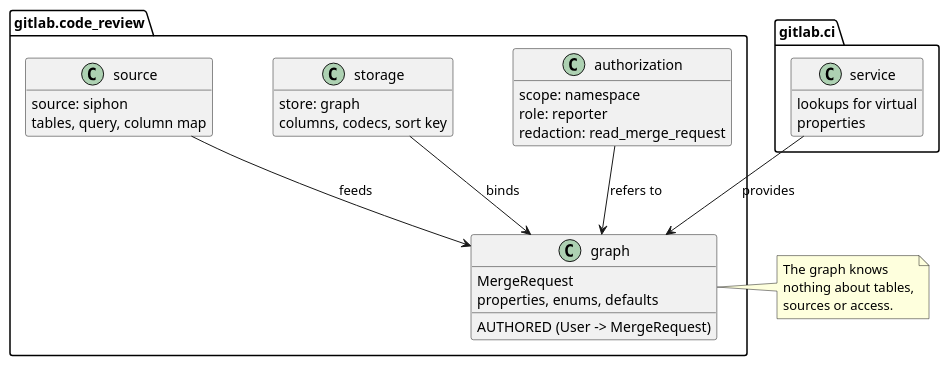
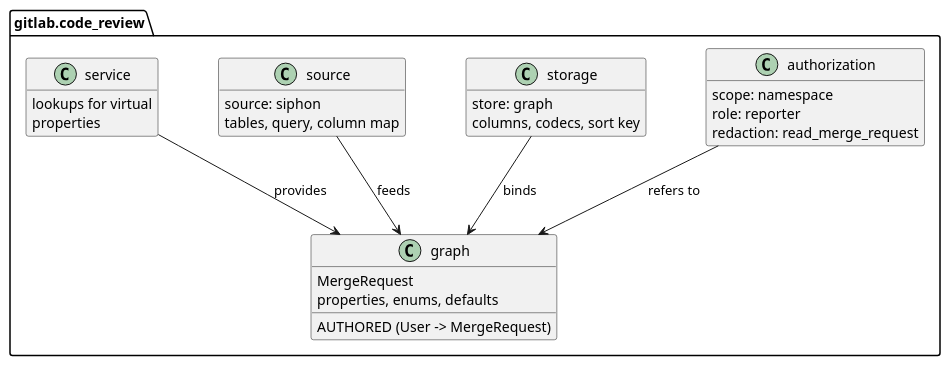
The second of 7 diagrams in docs/pages/engineering/adr/024_pluggable_data_model.md (gitlabhq/orbit-knowledge-graph), drawn with PlantUML before and after one commit. The commit also changed other lines of this file, not shown here.

Commit message:
docs(adr): stop ADR 024 diagram edges from crossing package borders

````diff
--- a/docs/pages/engineering/adr/024_pluggable_data_model.md
+++ b/docs/pages/engineering/adr/024_pluggable_data_model.md
@@ -125,44 +131,40 @@
 ```plantuml
 @startuml
 set separator none
 skinparam shadowing false
 skinparam nodesep 60
 skinparam ranksep 70
 skinparam classAttributeIconSize 0
 hide empty members
 
 package "gitlab.code_review" {
   class "graph" as G {
     MergeRequest
     properties, enums, defaults
     AUTHORED (User -> MergeRequest)
   }
   class "authorization" as A {
     scope: namespace
     role: reporter
     redaction: read_merge_request
   }
   class "storage" as ST {
     store: graph
     columns, codecs, sort key
   }
   class "source" as SO {
     source: siphon
     tables, query, column map
   }
-}
-
-package "gitlab.ci" {
   class "service" as SV {
     lookups for virtual
     properties
   }
 }
 
 A --> G : refers to
 ST --> G : binds
 SO --> G : feeds
 SV --> G : provides
-note right of G : The graph knows\nnothing about tables,\nsources or access.
 @enduml
 ```
````
